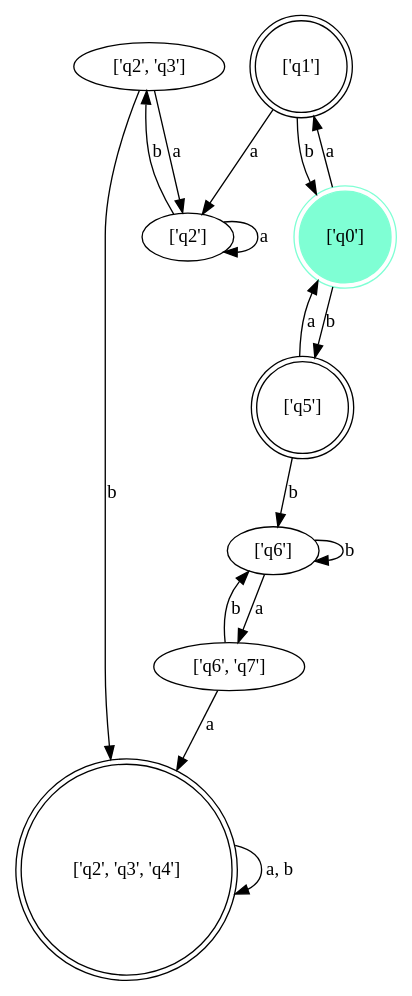
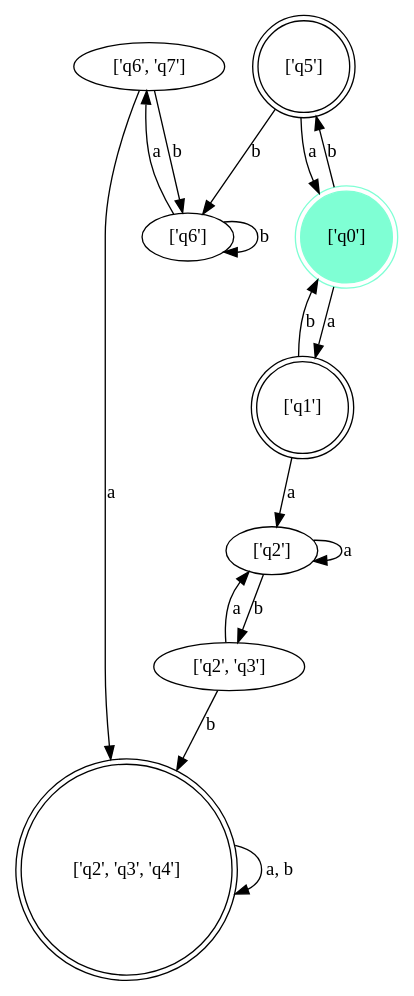
The diagram in input/28/dfa_minimized.gv (nascarsayan/nfa2dfa), drawn with Graphviz before and after one commit. The commit also changed other lines of this file and 27 other files, not shown here.

```diff
--- a/input/28/dfa_minimized.gv
+++ b/input/28/dfa_minimized.gv
@@ -1,29 +1,29 @@
 // FSM
 digraph {
+	"['q6', 'q7']"
+	"['q2']"
 	"['q2', 'q3']"
-	"['q6', 'q7']"
 	"['q6']"
-	"['q2']"
 	node [shape=doublecircle]
+	"['q2', 'q3', 'q4']"
 	"['q1']"
 	"['q5']"
-	"['q2', 'q3', 'q4']"
 	node [color=aquamarine shape=doublecircle style=filled]
 	"['q0']"
 	node [shape=circle]
 	"['q0']" -> "['q1']" [label=a]
 	"['q0']" -> "['q5']" [label=b]
 	"['q1']" -> "['q2']" [label=a]
 	"['q1']" -> "['q0']" [label=b]
 	"['q5']" -> "['q0']" [label=a]
 	"['q5']" -> "['q6']" [label=b]
 	"['q2']" -> "['q2']" [label=a]
 	"['q2']" -> "['q2', 'q3']" [label=b]
 	"['q6']" -> "['q6', 'q7']" [label=a]
 	"['q6']" -> "['q6']" [label=b]
 	"['q2', 'q3']" -> "['q2']" [label=a]
 	"['q2', 'q3']" -> "['q2', 'q3', 'q4']" [label=b]
 	"['q6', 'q7']" -> "['q2', 'q3', 'q4']" [label=a]
 	"['q6', 'q7']" -> "['q6']" [label=b]
 	"['q2', 'q3', 'q4']" -> "['q2', 'q3', 'q4']" [label="a, b"]
 }
```
